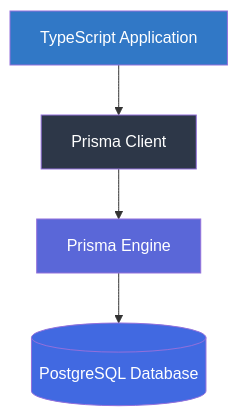
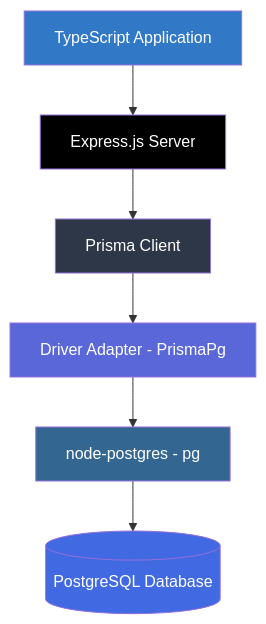
One commit to shakilahmad3434/prisma changed the first of 2 diagrams in README.md. Above: the diagram before and after it, drawn with Mermaid. The commit also changed other lines of this file, not shown here.

First line of the commit message:
Revise README for Prisma v7 updates

````diff
--- a/README.md
+++ b/README.md
@@ -47,11 +52,15 @@
 ```mermaid
 graph TB
-    A[TypeScript Application] --> B[Prisma Client]
-    B --> C[Prisma Engine]
-    C --> D[(PostgreSQL Database)]
+    A[TypeScript Application] --> B[Express.js Server]
+    B --> C[Prisma Client]
+    C --> D[Driver Adapter - PrismaPg]
+    D --> E[node-postgres - pg]
+    E --> F[(PostgreSQL Database)]
     
     style A fill:#3178C6,color:#fff
-    style B fill:#2D3748,color:#fff
-    style C fill:#5A67D8,color:#fff
-    style D fill:#4169E1,color:#fff
+    style B fill:#000000,color:#fff
+    style C fill:#2D3748,color:#fff
+    style D fill:#5A67D8,color:#fff
+    style E fill:#336791,color:#fff
+    style F fill:#4169E1,color:#fff
 ```
````
